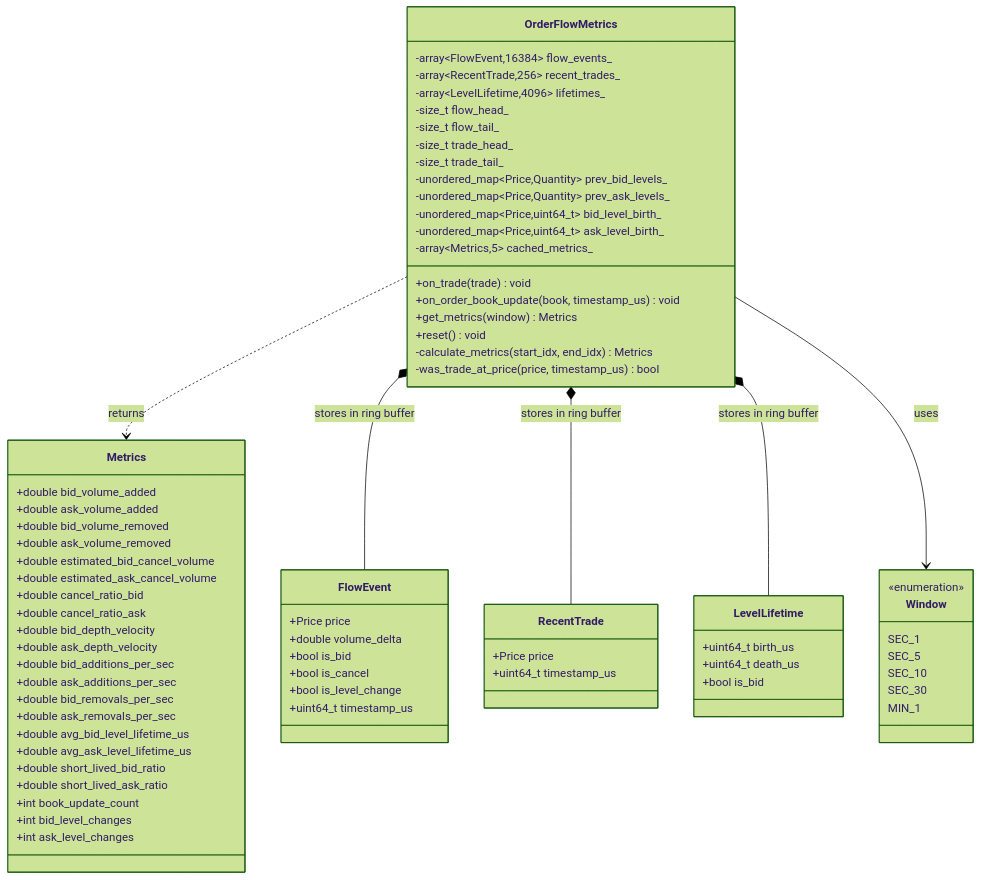
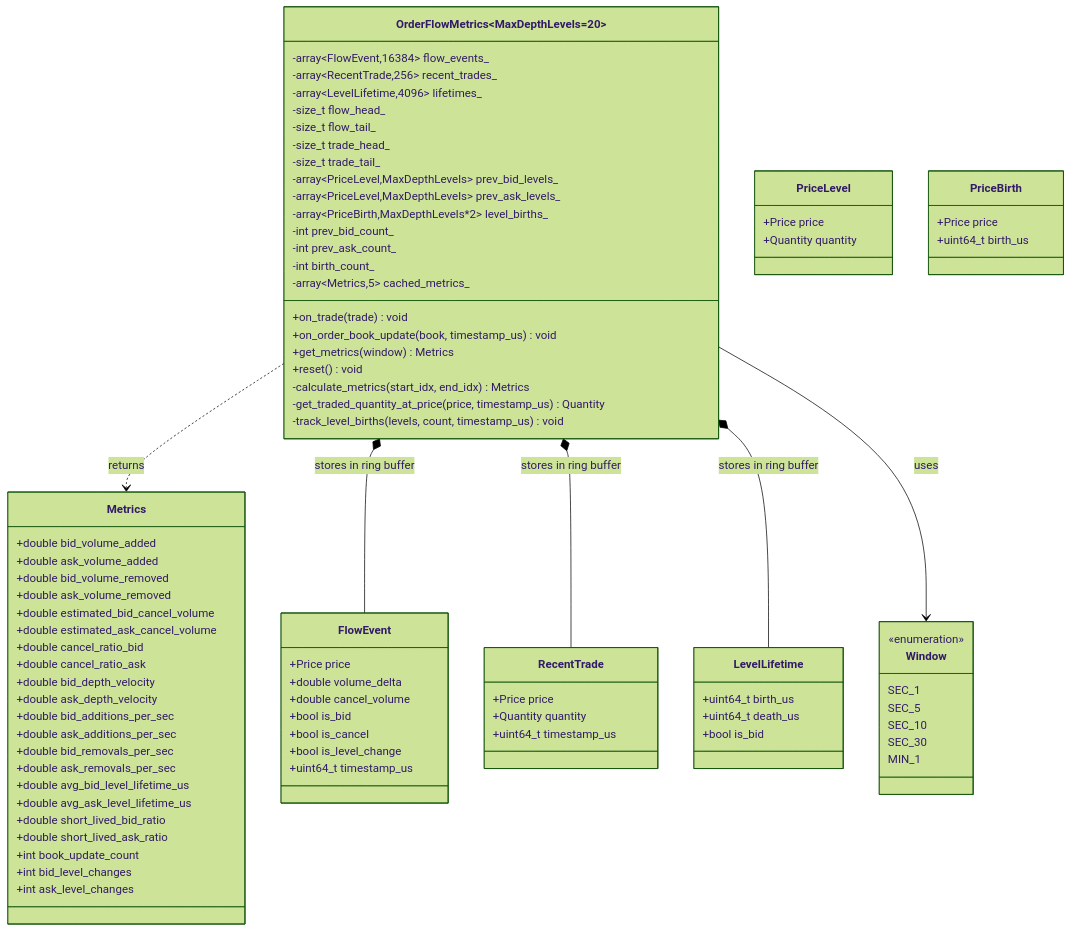
One commit to orhanveliesen/hft-trading-system changed the eighth of 13 diagrams in ARCHITECTURE.md. Above: the diagram before and after it, drawn with Mermaid (forest theme). The commit also changed other lines of this file, not shown here.

First line of the commit message:
[DOCS] #38: Update ARCHITECTURE.md for OrderFlowMetrics refactoring

````diff
--- a/ARCHITECTURE.md
+++ b/ARCHITECTURE.md
@@ -518,6 +518,6 @@
 ```mermaid
 classDiagram
-    class OrderFlowMetrics {
+    class OrderFlowMetrics~MaxDepthLevels=20~ {
         -array~FlowEvent,16384~ flow_events_
         -array~RecentTrade,256~ recent_trades_
         -array~LevelLifetime,4096~ lifetimes_
@@ -525,17 +525,20 @@
         -size_t flow_tail_
         -size_t trade_head_
         -size_t trade_tail_
-        -unordered_map~Price,Quantity~ prev_bid_levels_
-        -unordered_map~Price,Quantity~ prev_ask_levels_
-        -unordered_map~Price,uint64_t~ bid_level_birth_
-        -unordered_map~Price,uint64_t~ ask_level_birth_
+        -array~PriceLevel,MaxDepthLevels~ prev_bid_levels_
+        -array~PriceLevel,MaxDepthLevels~ prev_ask_levels_
+        -array~PriceBirth,MaxDepthLevels*2~ level_births_
+        -int prev_bid_count_
+        -int prev_ask_count_
+        -int birth_count_
         -array~Metrics,5~ cached_metrics_
         +on_trade(trade) void
         +on_order_book_update(book, timestamp_us) void
         +get_metrics(window) Metrics
         +reset() void
         -calculate_metrics(start_idx, end_idx) Metrics
-        -was_trade_at_price(price, timestamp_us) bool
+        -get_traded_quantity_at_price(price, timestamp_us) Quantity
+        -track_level_births(levels, count, timestamp_us) void
     }
 
     class Metrics {
@@ -565,6 +568,7 @@
     class FlowEvent {
         +Price price
         +double volume_delta
+        +double cancel_volume
         +bool is_bid
         +bool is_cancel
         +bool is_level_change
@@ -573,6 +577,7 @@
 
     class RecentTrade {
         +Price price
+        +Quantity quantity
         +uint64_t timestamp_us
     }
 
@@ -580,6 +585,16 @@
         +uint64_t birth_us
         +uint64_t death_us
         +bool is_bid
+    }
+
+    class PriceLevel {
+        +Price price
+        +Quantity quantity
+    }
+
+    class PriceBirth {
+        +Price price
+        +uint64_t birth_us
     }
 
     class Window {
````
